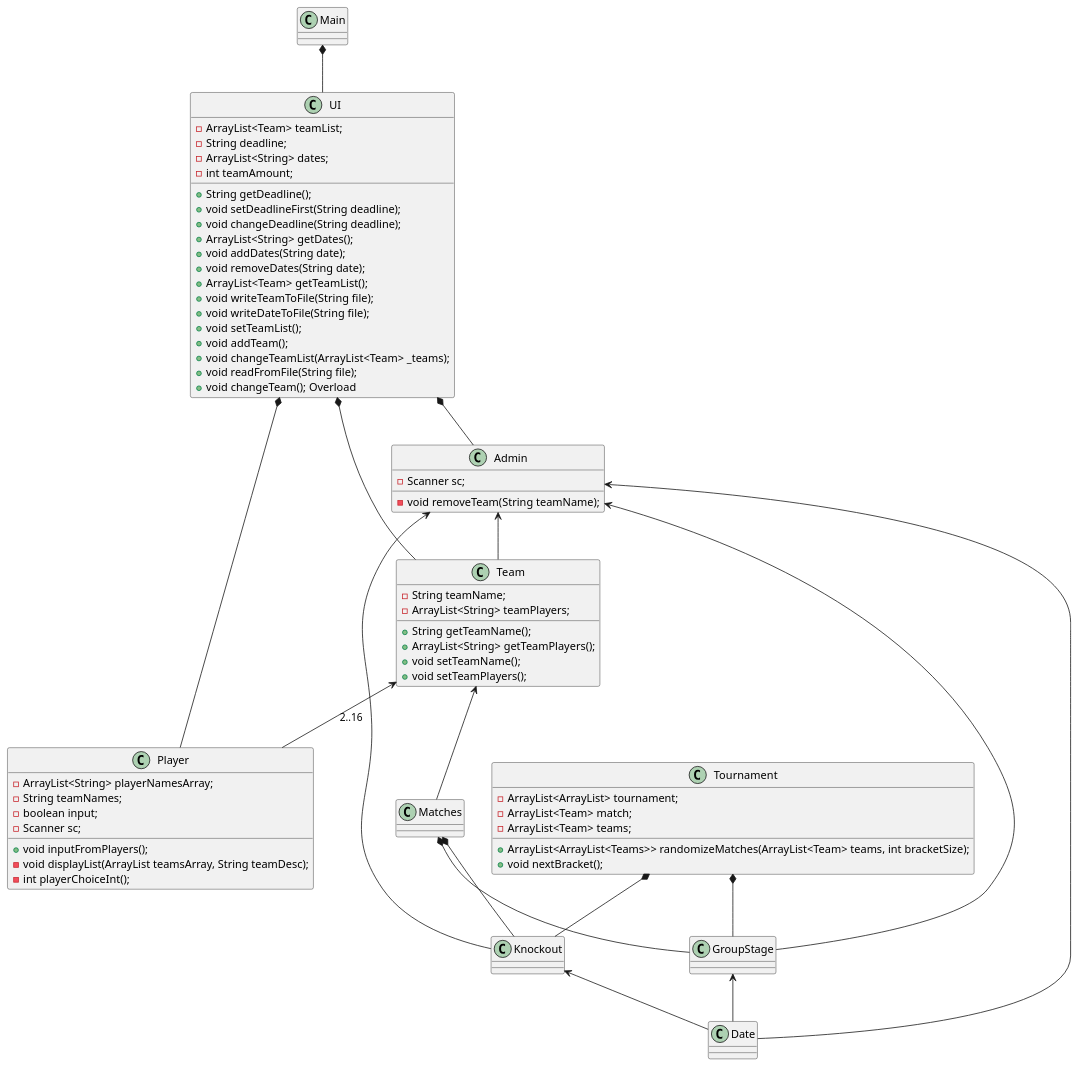
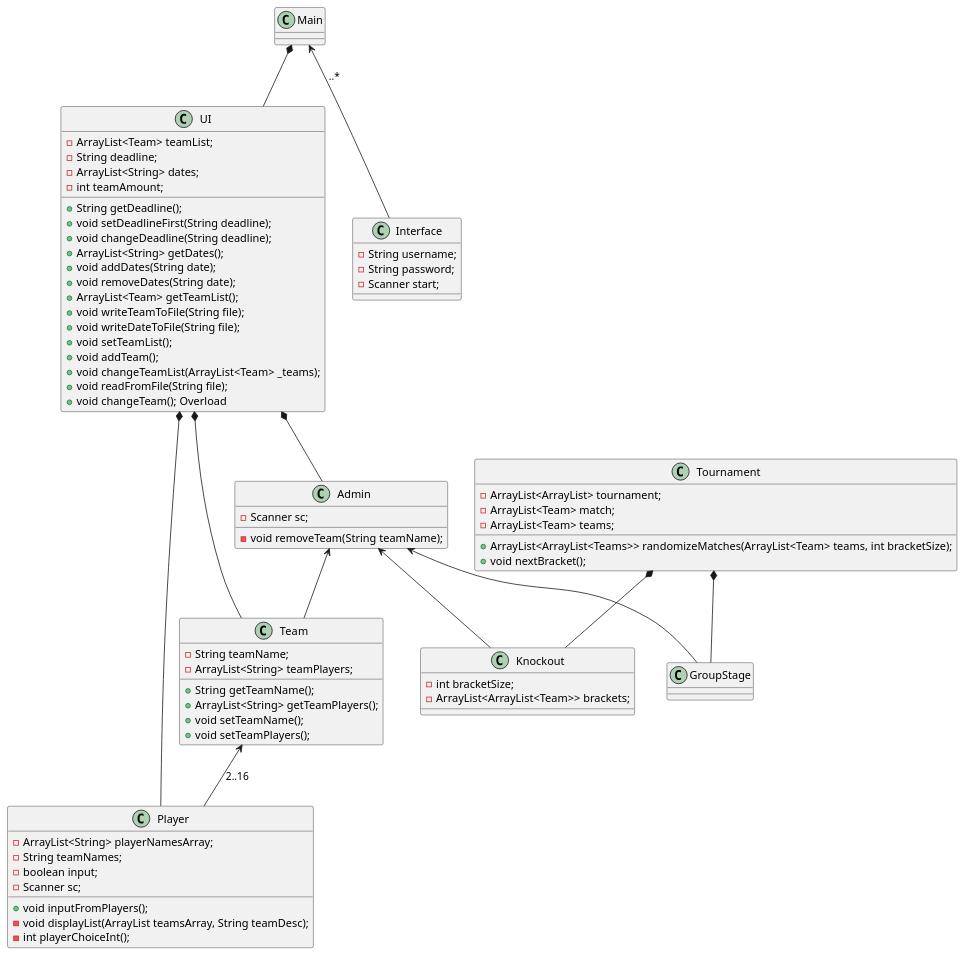
The diagram in SP3/Class Diagram.puml (EmmsDK/Gruppe-4), drawn with PlantUML before and after one commit.

```diff
--- a/SP3/Class Diagram.puml
+++ b/SP3/Class Diagram.puml
@@ -1,100 +1,101 @@
 @startuml
-class Main{}
+class Main {
+
+
+}
 
 Main *-- UI
 
 class UI{
     - ArrayList<Team> teamList;
     - String deadline;
     - ArrayList<String> dates;
     - int teamAmount;
     + String getDeadline();
     + void setDeadlineFirst(String deadline);
     + void changeDeadline(String deadline);
     + ArrayList<String> getDates();
     + void addDates(String date);
     + void removeDates(String date);
     + ArrayList<Team> getTeamList();
     + void writeTeamToFile(String file);
     + void writeDateToFile(String file);
     + void setTeamList();
     + void addTeam();
     + void changeTeamList(ArrayList<Team> _teams);
     + void readFromFile(String file);
     + void changeTeam(); Overload
 }
 
 UI *-- Player
 UI *-- Team
 UI *-- Admin
 
 class Player{
     - ArrayList<String> playerNamesArray;
     - String teamNames;
     - boolean input;
     - Scanner sc;
 
     + void inputFromPlayers();
     - void displayList(ArrayList teamsArray, String teamDesc);
     - int playerChoiceInt();
 }
 
 class Team{
     - String teamName;
     - ArrayList<String> teamPlayers;
     + String getTeamName();
     + ArrayList<String> getTeamPlayers();
     + void setTeamName();
     + void setTeamPlayers();
 
 
 }
 
 class Admin{
     - Scanner sc;
     - void removeTeam(String teamName);
 
 
 }
 
-class Date{
-
-}
 
 class Knockout{
+    - int bracketSize;
+    - ArrayList<ArrayList<Team>> brackets;
+
 
 }
 
 class GroupStage{
 
 
 }
 
 class Tournament{
     - ArrayList<ArrayList> tournament;
     - ArrayList<Team> match;
     - ArrayList<Team> teams;
-
     + ArrayList<ArrayList<Teams>> randomizeMatches(ArrayList<Team> teams, int bracketSize);
     + void nextBracket();
 
 }
 
+class Interface {
+    - String username;
+    - String password;
+    - Scanner start;
+}
+
 Team <-- Player : 2..16
-Team <-- Matches
-
+Main <-- Interface : ..*
 Admin <-- Knockout
 Admin <-- GroupStage
-Admin <-- Date
 Admin <-- Team
-
-Matches *-- GroupStage
-Matches *-- Knockout
 
 Tournament *-- Knockout
 Tournament *-- GroupStage
-Knockout <-- Date
-GroupStage <-- Date
 
 
 @enduml
```
